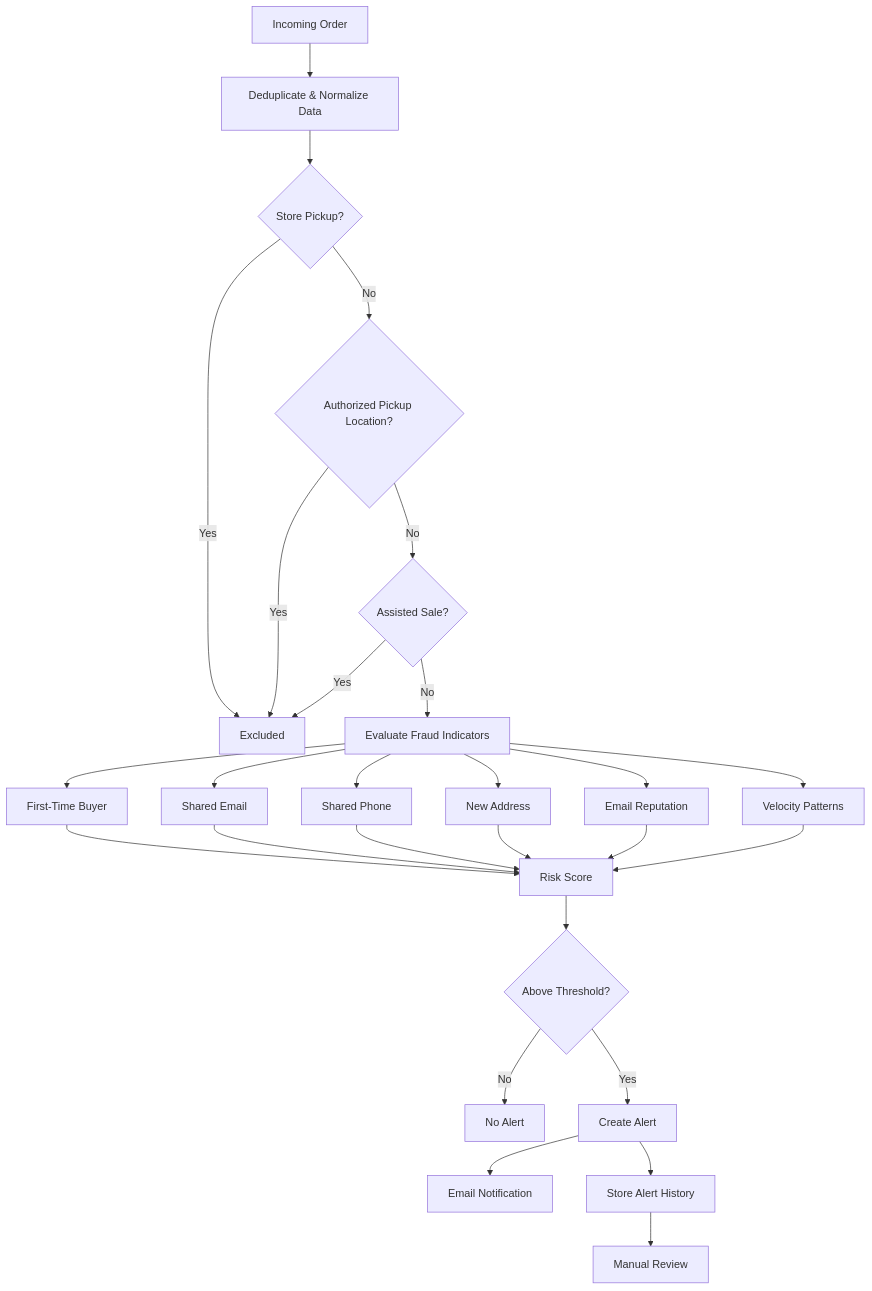
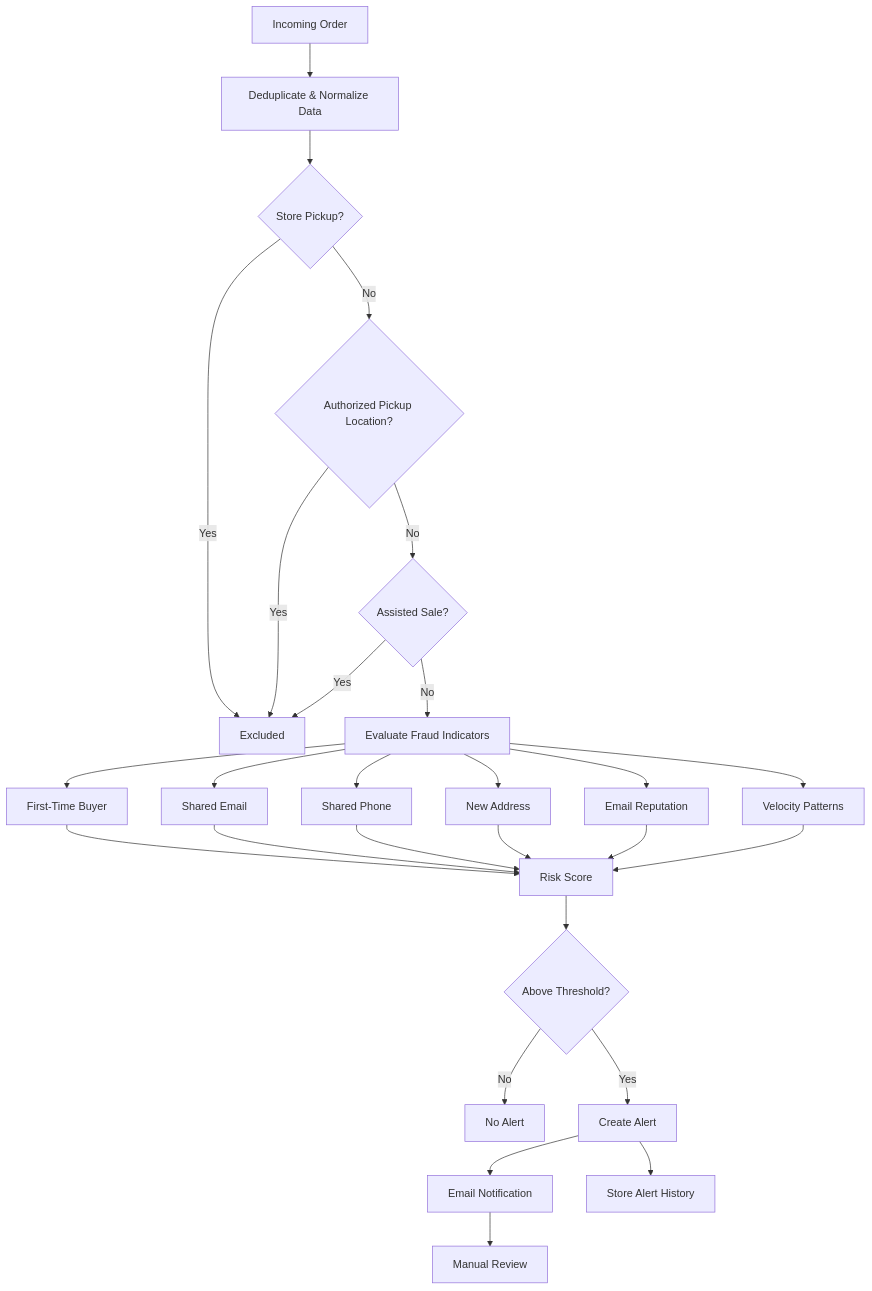
The diagram in diagrams/detection flow.md (A2calanche/Fraud-Detection-Case-Study-Repository-Structure), drawn with Mermaid before and after one commit.

Commit message:
Update detection flow.md

````diff
--- a/diagrams/detection flow.md
+++ b/diagrams/detection flow.md
@@ -1,58 +1,58 @@
 ```mermaid
 flowchart TD
 
     A["Incoming Order"]
 
     A --> B["Deduplicate & Normalize Data"]
 
     B --> C{"Store Pickup?"}
 
     C -->|Yes| Z["Excluded"]
 
     C -->|No| D{"Authorized Pickup Location?"}
 
     D -->|Yes| Z
 
     D -->|No| E{"Assisted Sale?"}
 
     E -->|Yes| Z
 
     E -->|No| F["Evaluate Fraud Indicators"]
 
     F --> G["First-Time Buyer"]
 
     F --> H["Shared Email"]
 
     F --> I["Shared Phone"]
 
     F --> J["New Address"]
 
     F --> K["Email Reputation"]
 
     F --> L["Velocity Patterns"]
 
     G --> M["Risk Score"]
 
     H --> M
 
     I --> M
 
     J --> M
 
     K --> M
 
     L --> M
 
     M --> N{"Above Threshold?"}
 
     N -->|No| O["No Alert"]
 
     N -->|Yes| P["Create Alert"]
 
     P --> Q["Email Notification"]
 
     P --> R["Store Alert History"]
 
-    R --> S["Manual Review"]
+    Q --> S["Manual Review"]
 
 ```
````
